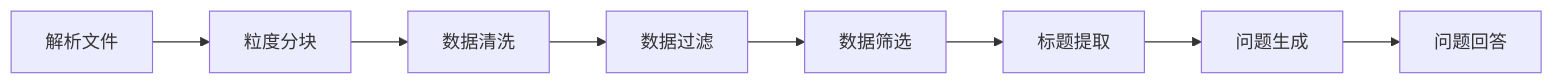
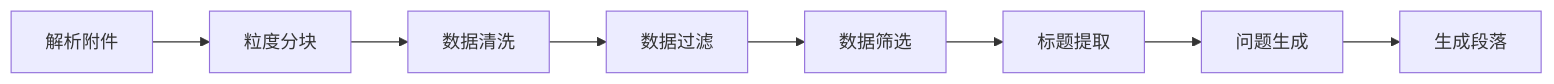
The third of 3 diagrams in 4 LLM微调/README.md (wangwenju269/work_space), drawn with Mermaid before and after one commit. The commit also changed other lines of this file and 1 other file, not shown here.

````diff
--- a/4 LLM微调/README.md
+++ b/4 LLM微调/README.md
@@ -41,10 +48,10 @@
   ```mermaid
   graph LR
-      A[解析文件] --> B[粒度分块]
+      A[解析附件] --> B[粒度分块]
       B --> C[数据清洗]
       C --> D[数据过滤]
       D --> E[数据筛选]
       E --> F[标题提取]
       F --> G[问题生成]
-      G --> H[问题回答]
+      G --> H[生成段落]
   ```
````
